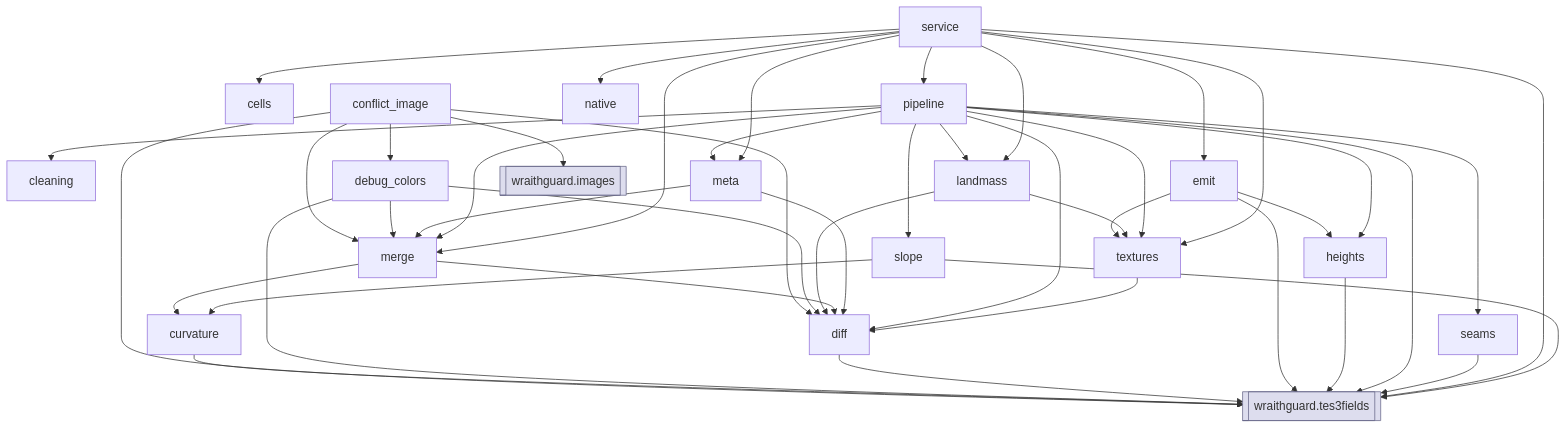
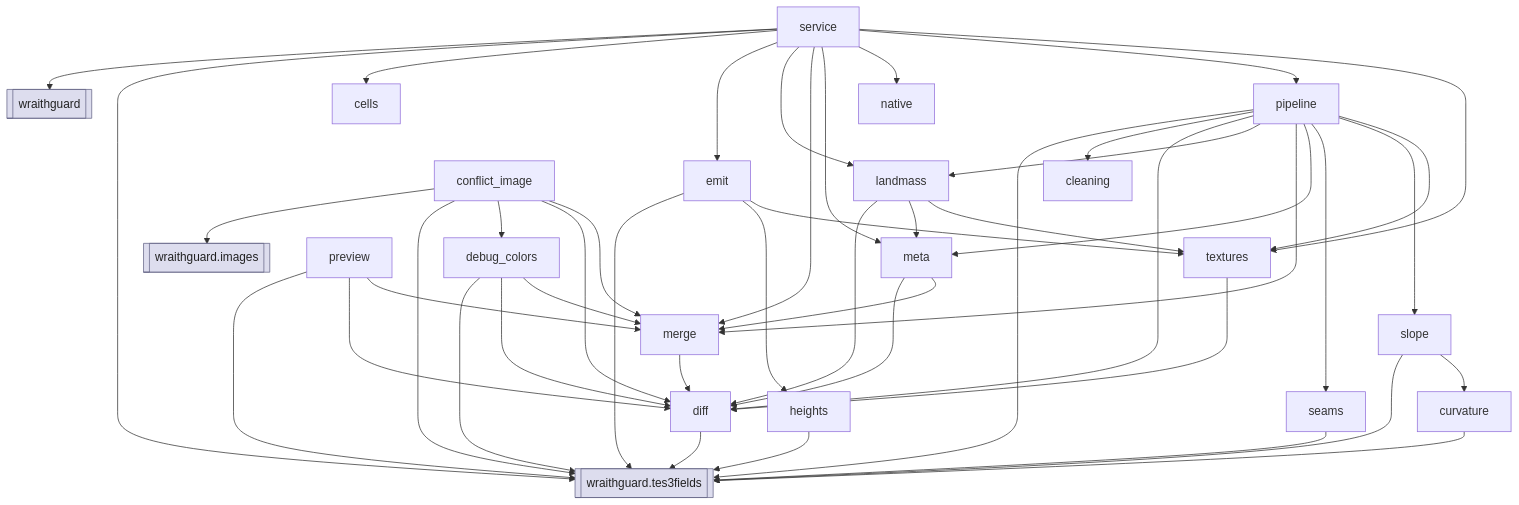
Before and after one commit to staticnation/WraithguardToolkit: diagram 12 of 39 in art/AST-calls.md, drawn with Mermaid. The commit also changed other lines of this file and 25 other files, not shown here.

````diff
--- a/art/AST-calls.md
+++ b/art/AST-calls.md
@@ -480,66 +1075,71 @@
 ```mermaid
 flowchart TD
   n_wraithguard_land_cells["cells"]
   n_wraithguard_land_cleaning["cleaning"]
   n_wraithguard_land_conflict_image["conflict_image"]
   n_wraithguard_land_curvature["curvature"]
   n_wraithguard_land_debug_colors["debug_colors"]
   n_wraithguard_land_diff["diff"]
   n_wraithguard_land_emit["emit"]
   n_wraithguard_land_heights["heights"]
   n_wraithguard_land_landmass["landmass"]
   n_wraithguard_land_merge["merge"]
   n_wraithguard_land_meta["meta"]
   n_wraithguard_land_native["native"]
   n_wraithguard_land_pipeline["pipeline"]
+  n_wraithguard_land_preview["preview"]
   n_wraithguard_land_seams["seams"]
   n_wraithguard_land_service["service"]
   n_wraithguard_land_slope["slope"]
   n_wraithguard_land_textures["textures"]
   n_PKG_wraithguard_images[["wraithguard.images"]]:::pkglink
   n_wraithguard_land_conflict_image --> n_PKG_wraithguard_images
   n_PKG_wraithguard_tes3fields[["wraithguard.tes3fields"]]:::pkglink
   n_wraithguard_land_conflict_image --> n_PKG_wraithguard_tes3fields
   n_wraithguard_land_conflict_image --> n_wraithguard_land_debug_colors
   n_wraithguard_land_conflict_image --> n_wraithguard_land_diff
   n_wraithguard_land_conflict_image --> n_wraithguard_land_merge
   n_wraithguard_land_curvature --> n_PKG_wraithguard_tes3fields
   n_wraithguard_land_debug_colors --> n_PKG_wraithguard_tes3fields
   n_wraithguard_land_debug_colors --> n_wraithguard_land_diff
   n_wraithguard_land_debug_colors --> n_wraithguard_land_merge
   n_wraithguard_land_diff --> n_PKG_wraithguard_tes3fields
   n_wraithguard_land_emit --> n_PKG_wraithguard_tes3fields
   n_wraithguard_land_emit --> n_wraithguard_land_heights
   n_wraithguard_land_emit --> n_wraithguard_land_textures
   n_wraithguard_land_heights --> n_PKG_wraithguard_tes3fields
   n_wraithguard_land_landmass --> n_wraithguard_land_diff
+  n_wraithguard_land_landmass --> n_wraithguard_land_meta
   n_wraithguard_land_landmass --> n_wraithguard_land_textures
-  n_wraithguard_land_merge --> n_wraithguard_land_curvature
   n_wraithguard_land_merge --> n_wraithguard_land_diff
   n_wraithguard_land_meta --> n_wraithguard_land_diff
   n_wraithguard_land_meta --> n_wraithguard_land_merge
   n_wraithguard_land_pipeline --> n_PKG_wraithguard_tes3fields
   n_wraithguard_land_pipeline --> n_wraithguard_land_cleaning
   n_wraithguard_land_pipeline --> n_wraithguard_land_diff
-  n_wraithguard_land_pipeline --> n_wraithguard_land_heights
   n_wraithguard_land_pipeline --> n_wraithguard_land_landmass
   n_wraithguard_land_pipeline --> n_wraithguard_land_merge
   n_wraithguard_land_pipeline --> n_wraithguard_land_meta
   n_wraithguard_land_pipeline --> n_wraithguard_land_seams
   n_wraithguard_land_pipeline --> n_wraithguard_land_slope
   n_wraithguard_land_pipeline --> n_wraithguard_land_textures
+  n_wraithguard_land_preview --> n_PKG_wraithguard_tes3fields
+  n_wraithguard_land_preview --> n_wraithguard_land_diff
+  n_wraithguard_land_preview --> n_wraithguard_land_merge
   n_wraithguard_land_seams --> n_PKG_wraithguard_tes3fields
+  n_PKG_wraithguard[["wraithguard"]]:::pkglink
+  n_wraithguard_land_service --> n_PKG_wraithguard
   n_wraithguard_land_service --> n_PKG_wraithguard_tes3fields
   n_wraithguard_land_service --> n_wraithguard_land_cells
   n_wraithguard_land_service --> n_wraithguard_land_emit
   n_wraithguard_land_service --> n_wraithguard_land_landmass
   n_wraithguard_land_service --> n_wraithguard_land_merge
   n_wraithguard_land_service --> n_wraithguard_land_meta
   n_wraithguard_land_service --> n_wraithguard_land_native
   n_wraithguard_land_service --> n_wraithguard_land_pipeline
   n_wraithguard_land_service --> n_wraithguard_land_textures
   n_wraithguard_land_slope --> n_PKG_wraithguard_tes3fields
   n_wraithguard_land_slope --> n_wraithguard_land_curvature
   n_wraithguard_land_textures --> n_wraithguard_land_diff
-  classDef pkglink fill:#dde,stroke:#668
+  classDef pkglink fill:#dde,stroke:#668,color:#222
 ```
````
